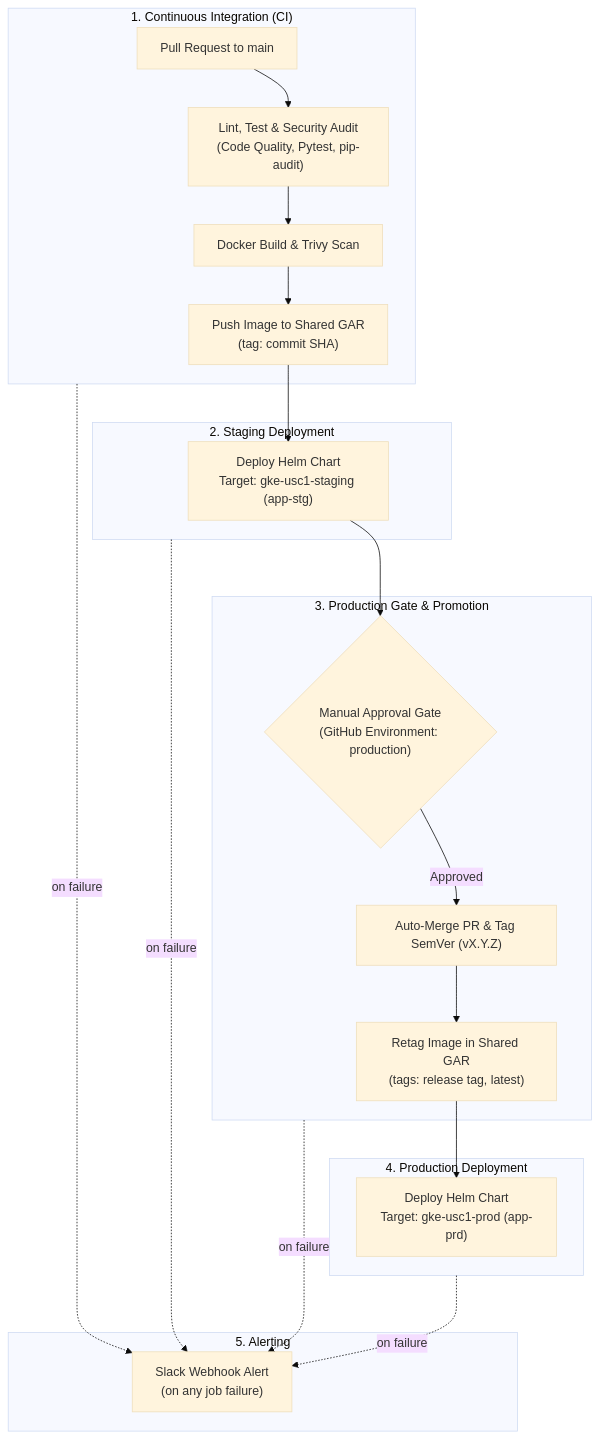
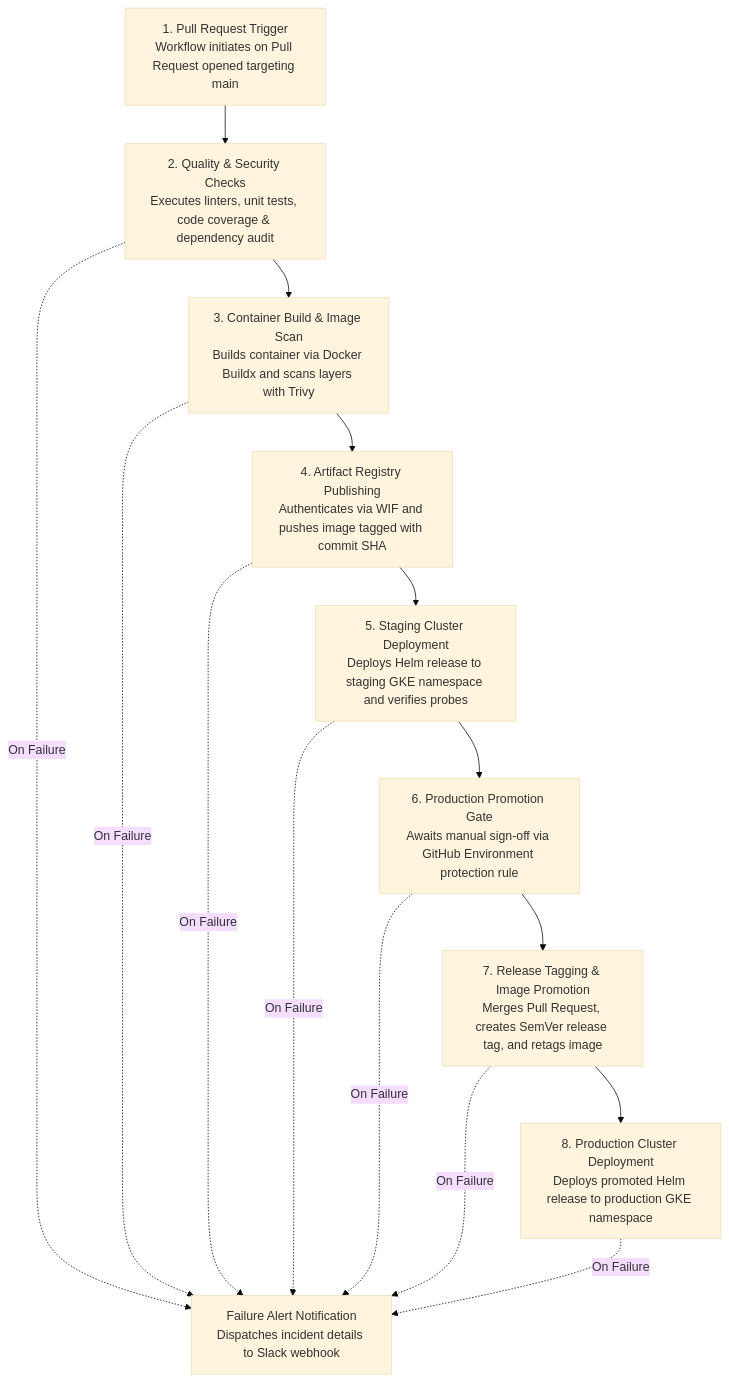
Before and after one commit to MartinJuneie/GCP_CICD: the first of 2 diagrams in README.md, drawn with Mermaid (base theme). The commit also changed other lines of this file, not shown here.

Commit message:
Readme update

````diff
--- a/README.md
+++ b/README.md
@@ -119,31 +120,19 @@
 ```mermaid
 flowchart TD
-    subgraph Phase1 ["1. Continuous Integration (CI)"]
-        PR["Pull Request to main"] --> CI_Jobs["Lint, Test & Security Audit<br/>(Code Quality, Pytest, pip-audit)"]
-        CI_Jobs --> Container["Docker Build & Trivy Scan"]
-        Container --> Push["Push Image to Shared GAR<br/>(tag: commit SHA)"]
-    end
+    A["1. Pull Request Trigger<br/>Workflow initiates on Pull Request opened targeting main"]
+    --> B["2. Quality & Security Checks<br/>Executes linters, unit tests, code coverage & dependency audit"]
+    --> C["3. Container Build & Image Scan<br/>Builds container via Docker Buildx and scans layers with Trivy"]
+    --> D["4. Artifact Registry Publishing<br/>Authenticates via WIF and pushes image tagged with commit SHA"]
+    --> E["5. Staging Cluster Deployment<br/>Deploys Helm release to staging GKE namespace and verifies probes"]
+    --> F["6. Production Promotion Gate<br/>Awaits manual sign-off via GitHub Environment protection rule"]
+    --> G["7. Release Tagging & Image Promotion<br/>Merges Pull Request, creates SemVer release tag, and retags image"]
+    --> H["8. Production Cluster Deployment<br/>Deploys promoted Helm release to production GKE namespace"]
 
-    subgraph Phase2 ["2. Staging Deployment"]
-        Push --> DeployStg["Deploy Helm Chart<br/>Target: gke-usc1-staging (app-stg)"]
-    end
-
-    subgraph Phase3 ["3. Production Gate & Promotion"]
-        DeployStg --> Gate{"Manual Approval Gate<br/>(GitHub Environment: production)"}
-        Gate -->|Approved| Merge["Auto-Merge PR & Tag SemVer (vX.Y.Z)"]
-        Merge --> Retag["Retag Image in Shared GAR<br/>(tags: release tag, latest)"]
-    end
-
-    subgraph Phase4 ["4. Production Deployment"]
-        Retag --> DeployProd["Deploy Helm Chart<br/>Target: gke-usc1-prod (app-prd)"]
-    end
-
-    subgraph Phase5 ["5. Alerting"]
-        Slack["Slack Webhook Alert<br/>(on any job failure)"]
-    end
-
-    Phase1 -.->|on failure| Slack
-    Phase2 -.->|on failure| Slack
-    Phase3 -.->|on failure| Slack
-    Phase4 -.->|on failure| Slack
+    B -.->|On Failure| I["Failure Alert Notification<br/>Dispatches incident details to Slack webhook"]
+    C -.->|On Failure| I
+    D -.->|On Failure| I
+    E -.->|On Failure| I
+    F -.->|On Failure| I
+    G -.->|On Failure| I
+    H -.->|On Failure| I
 ```
````
